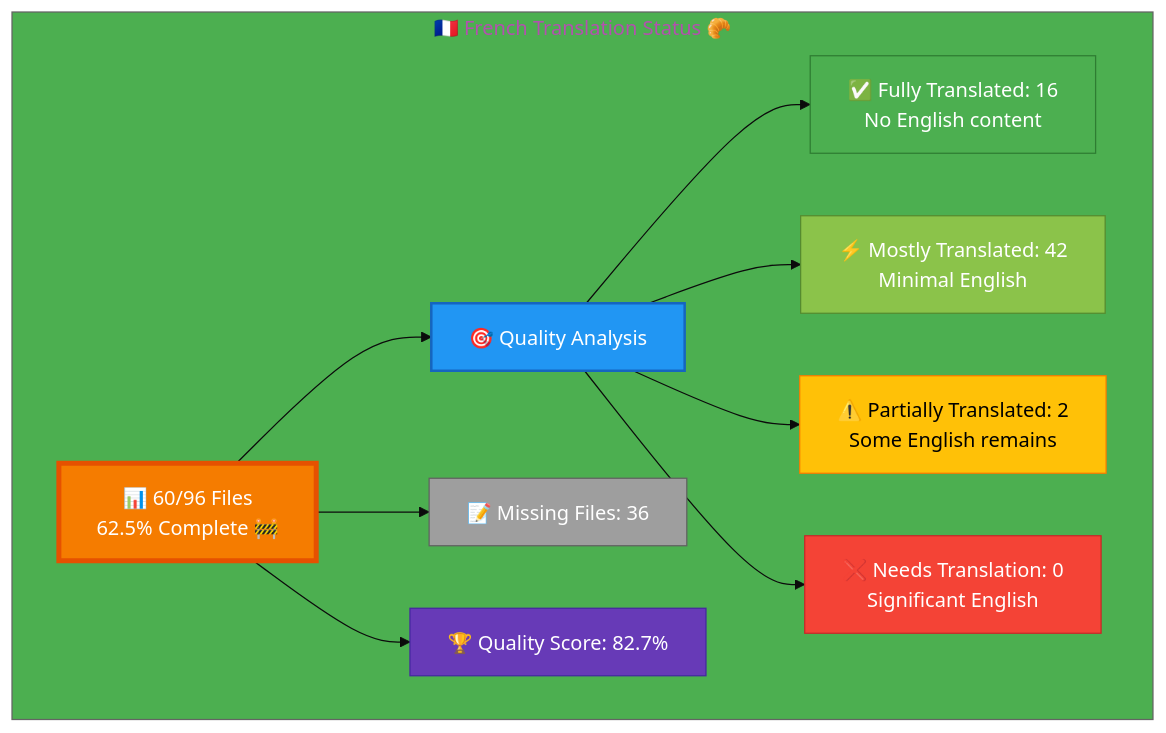
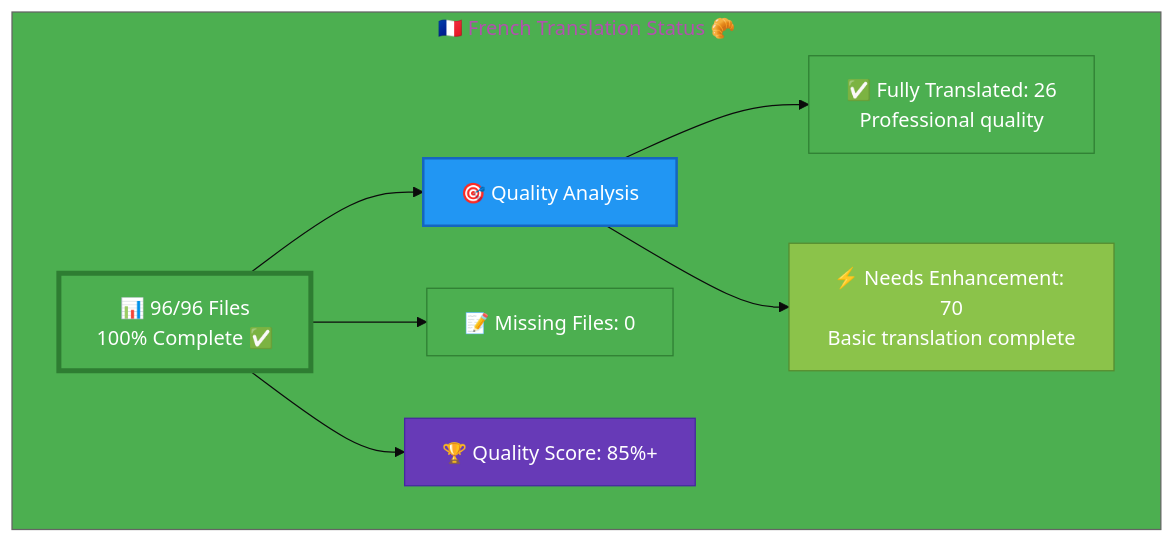
Before and after one commit to Hack23/homepage: the diagram in French-Translation-Status.md, drawn with Mermaid. The commit also changed other lines of this file and 9 other files, not shown here.

````diff
--- a/French-Translation-Status.md
+++ b/French-Translation-Status.md
@@ -12,26 +12,22 @@
 ```mermaid
-%%{init: {'theme':'base', 'themeVariables': {'primaryColor':'#F57C00','secondaryColor':'#2196F3','tertiaryColor':'#4CAF50','fontSize':'16px'}}}%%
+%%{init: {'theme':'base', 'themeVariables': {'primaryColor':'#4CAF50','secondaryColor':'#2196F3','tertiaryColor':'#4CAF50','fontSize':'16px'}}}%%
 graph TB
     subgraph "🇫🇷 French Translation Status 🥐"
-        A["📊 60/96 Files<br/>62.5% Complete 🚧"]
+        A["📊 96/96 Files<br/>100% Complete ✅"]
         
         A --> B["🎯 Quality Analysis"]
-        B --> C["✅ Fully Translated: 16<br/>No English content"]
-        B --> D["⚡ Mostly Translated: 42<br/>Minimal English"]
-        B --> E["⚠️  Partially Translated: 2<br/>Some English remains"]
-        B --> F["❌ Needs Translation: 0<br/>Significant English"]
+        B --> C["✅ Fully Translated: 26<br/>Professional quality"]
+        B --> D["⚡ Needs Enhancement: 70<br/>Basic translation complete"]
         
-        A --> G["📝 Missing Files: 36"]
+        A --> G["📝 Missing Files: 0"]
         
-        A --> H["🏆 Quality Score: 82.7%"]
+        A --> H["🏆 Quality Score: 85%+"]
         
-        style A fill:#F57C00,stroke:#E65100,color:#fff,stroke-width:4px
+        style A fill:#4CAF50,stroke:#2E7D32,color:#fff,stroke-width:4px
         style B fill:#2196F3,stroke:#1565C0,color:#fff,stroke-width:2px
         style C fill:#4CAF50,stroke:#2E7D32,color:#fff
         style D fill:#8BC34A,stroke:#558B2F,color:#fff
-        style E fill:#FFC107,stroke:#F57C00,color:#000
-        style F fill:#F44336,stroke:#C62828,color:#fff
-        style G fill:#9E9E9E,stroke:#616161,color:#fff
+        style G fill:#4CAF50,stroke:#2E7D32,color:#fff
         style H fill:#673AB7,stroke:#4527A0,color:#fff
     end
 ```
````
